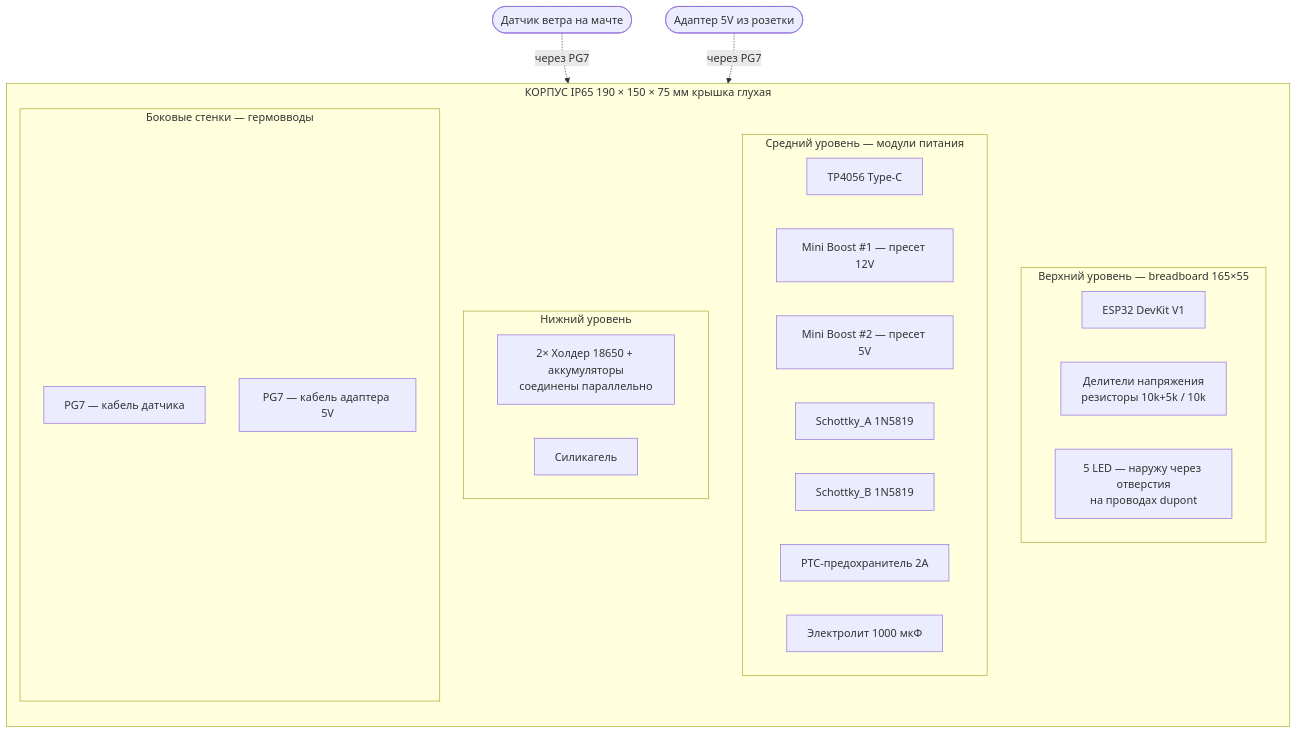
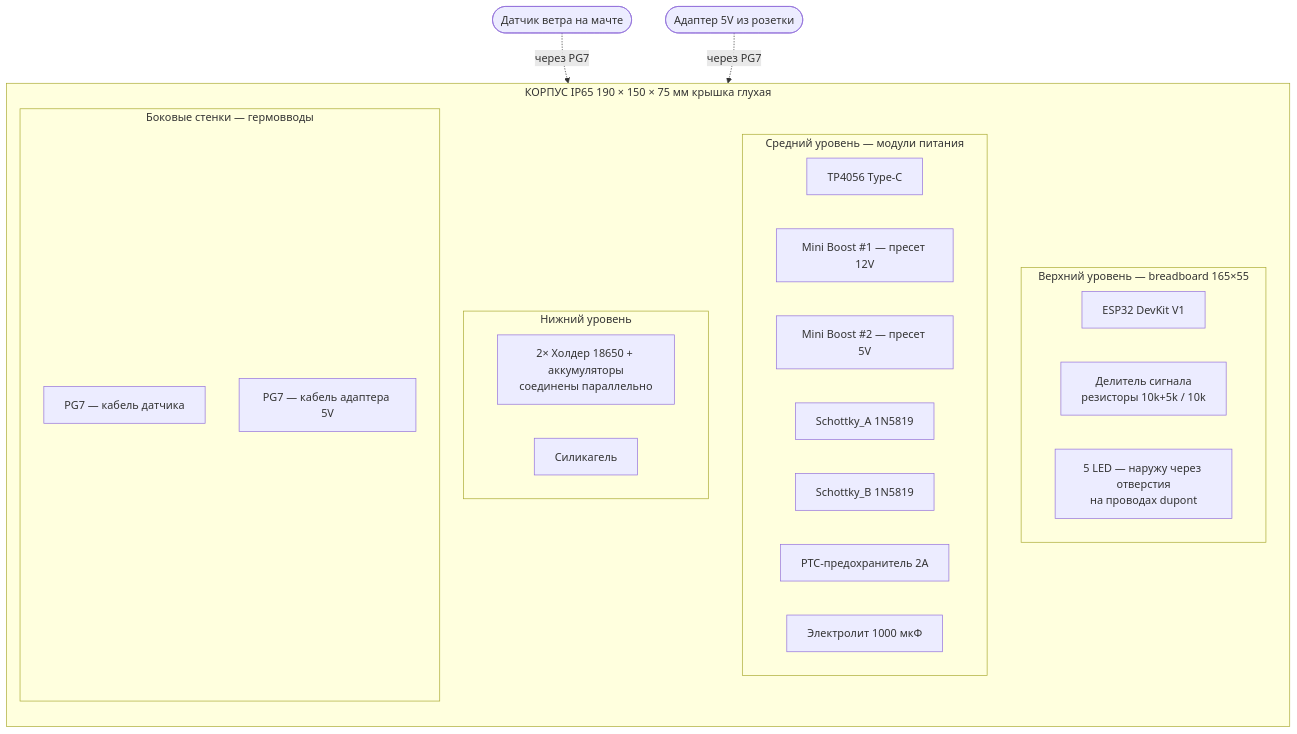
One commit to temafey/ArduinoWindStation changed the second of 2 diagrams in wind-station-assembly.md. Above: the diagram before and after it, drawn with Mermaid. The commit also changed other lines of this file, not shown here.

````diff
--- a/wind-station-assembly.md
+++ b/wind-station-assembly.md
@@ -188,32 +191,32 @@
 ```mermaid
 flowchart TB
     subgraph BOX["КОРПУС IP65  190 × 150 × 75 мм  крышка глухая"]
         direction TB
         subgraph TOP["Верхний уровень — breadboard 165×55"]
             ESP32["ESP32 DevKit V1"]
-            DIV["Делители напряжения<br/>резисторы 10k+5k / 10k"]
+            DIV["Делитель сигнала<br/>резисторы 10k+5k / 10k"]
             LEDROW["5 LED — наружу через отверстия<br/>на проводах dupont"]
         end
         subgraph MID["Средний уровень — модули питания"]
             TP4056MOD["TP4056 Type-C"]
             MT3608MOD1["Mini Boost #1 — пресет 12V"]
             MT3608MOD2["Mini Boost #2 — пресет 5V"]
             SCHOTTKYA["Schottky_A 1N5819"]
             SCHOTTKYB["Schottky_B 1N5819"]
             PTCMOD["PTC-предохранитель 2A"]
             CAPMOD["Электролит 1000 мкФ"]
         end
         subgraph BOTTOM["Нижний уровень"]
             HOLDER["2× Холдер 18650 + аккумуляторы<br/>соединены параллельно"]
             SILICA["Силикагель"]
         end
         subgraph SIDES["Боковые стенки — гермовводы"]
             PG1["PG7 — кабель датчика"]
             PG2["PG7 — кабель адаптера 5V"]
         end
     end
     SENSOR_EXT([Датчик ветра на мачте])
     ADAPT_EXT([Адаптер 5V из розетки])
     SENSOR_EXT -.через PG7.-> PG1
     ADAPT_EXT -.через PG7.-> PG2
 ```
````
